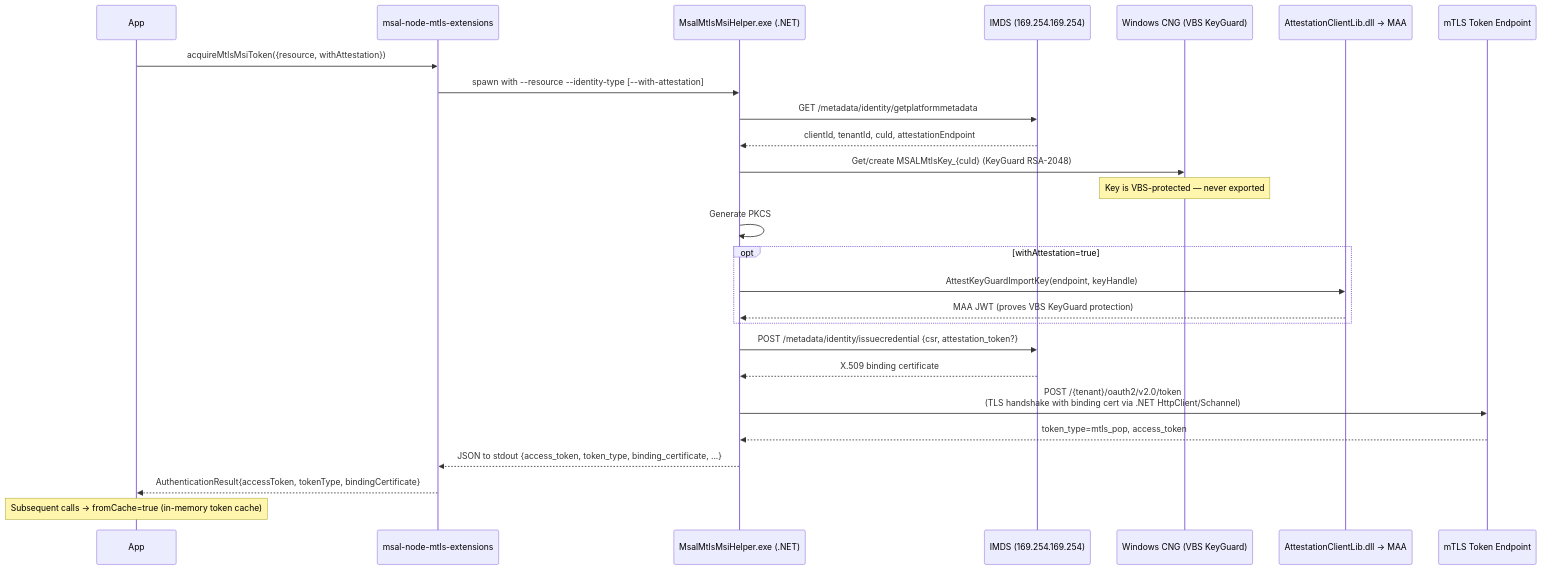
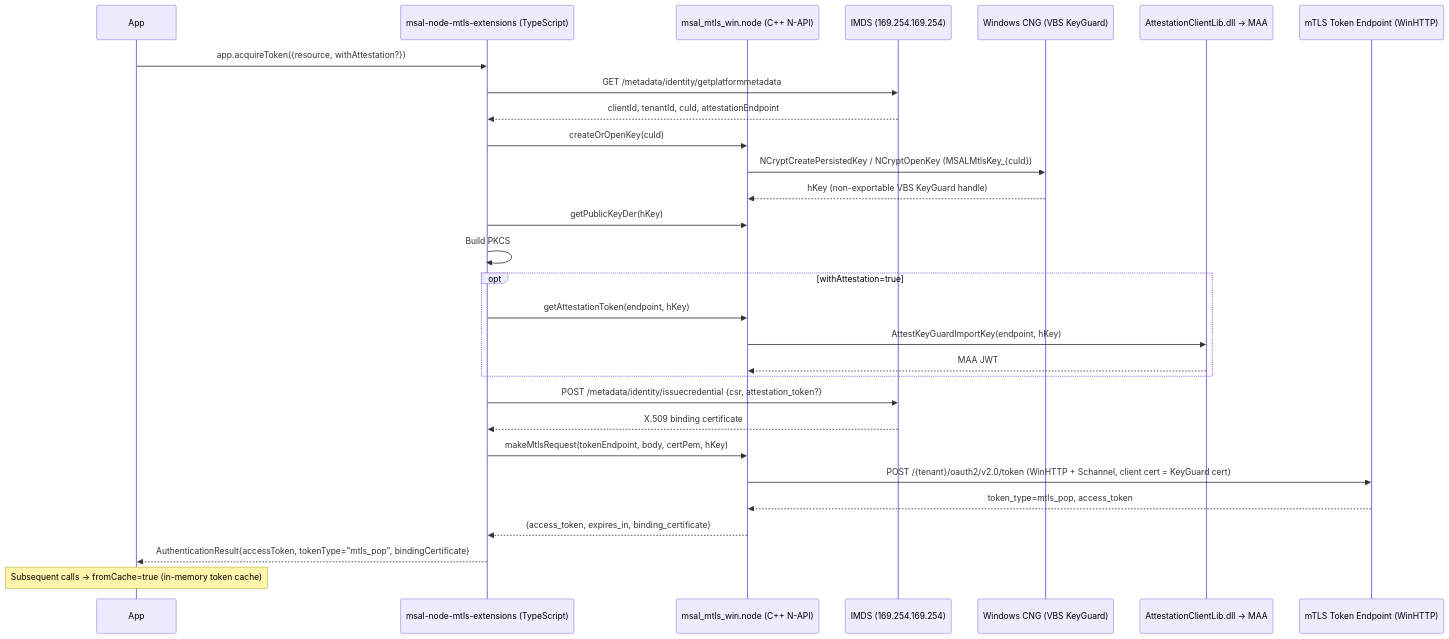
One commit to AzureAD/microsoft-authentication-library-for-js changed the second of 2 diagrams in lib/msal-node/docs/mtls-pop.md. Above: the diagram before and after it, drawn with Mermaid. The commit also changed other lines of this file and 30 other files, not shown here.

First line of the commit message:
feat(msal-node-mtls-extensions): replace subprocess with C++ N-API addon (Phase 2 + 3)

````diff
--- a/lib/msal-node/docs/mtls-pop.md
+++ b/lib/msal-node/docs/mtls-pop.md
@@ -83,29 +77,32 @@
 ```mermaid
 sequenceDiagram
     participant App
-    participant Node as msal-node-mtls-extensions
-    participant EXE as MsalMtlsMsiHelper.exe (.NET)
+    participant TS as msal-node-mtls-extensions (TypeScript)
+    participant Addon as msal_mtls_win.node (C++ N-API)
     participant IMDS as IMDS (169.254.169.254)
     participant CNG as Windows CNG (VBS KeyGuard)
     participant Attest as AttestationClientLib.dll → MAA
-    participant Token as mTLS Token Endpoint
+    participant Token as mTLS Token Endpoint (WinHTTP)
 
-    App->>Node: acquireMtlsMsiToken({resource, withAttestation})
-    Node->>EXE: spawn with --resource --identity-type [--with-attestation]
-    EXE->>IMDS: GET /metadata/identity/getplatformmetadata
-    IMDS-->>EXE: clientId, tenantId, cuId, attestationEndpoint
-    EXE->>CNG: Get/create MSALMtlsKey_{cuId} (KeyGuard RSA-2048)
-    Note over CNG: Key is VBS-protected — never exported
-    EXE->>EXE: Generate PKCS#10 CSR (signed by KeyGuard key)
+    App->>TS: app.acquireToken({resource, withAttestation?})
+    TS->>IMDS: GET /metadata/identity/getplatformmetadata
+    IMDS-->>TS: clientId, tenantId, cuId, attestationEndpoint
+    TS->>Addon: createOrOpenKey(cuId)
+    Addon->>CNG: NCryptCreatePersistedKey / NCryptOpenKey (MSALMtlsKey_{cuId})
+    CNG-->>Addon: hKey (non-exportable VBS KeyGuard handle)
+    TS->>Addon: getPublicKeyDer(hKey)
+    TS->>TS: Build PKCS#10 CSR (CsrBuilder.ts)
     opt withAttestation=true
-        EXE->>Attest: AttestKeyGuardImportKey(endpoint, keyHandle)
-        Attest-->>EXE: MAA JWT (proves VBS KeyGuard protection)
+        TS->>Addon: getAttestationToken(endpoint, hKey)
+        Addon->>Attest: AttestKeyGuardImportKey(endpoint, hKey)
+        Attest-->>Addon: MAA JWT
     end
-    EXE->>IMDS: POST /metadata/identity/issuecredential {csr, attestation_token?}
-    IMDS-->>EXE: X.509 binding certificate
-    EXE->>Token: POST /{tenant}/oauth2/v2.0/token<br/>(TLS handshake with binding cert via .NET HttpClient/Schannel)
-    Token-->>EXE: token_type=mtls_pop, access_token
-    EXE-->>Node: JSON to stdout {access_token, token_type, binding_certificate, ...}
-    Node-->>App: AuthenticationResult{accessToken, tokenType, bindingCertificate}
+    TS->>IMDS: POST /metadata/identity/issuecredential {csr, attestation_token?}
+    IMDS-->>TS: X.509 binding certificate
+    TS->>Addon: makeMtlsRequest(tokenEndpoint, body, certPem, hKey)
+    Addon->>Token: POST /{tenant}/oauth2/v2.0/token (WinHTTP + Schannel, client cert = KeyGuard cert)
+    Token-->>Addon: token_type=mtls_pop, access_token
+    Addon-->>TS: {access_token, expires_in, binding_certificate}
+    TS-->>App: AuthenticationResult{accessToken, tokenType="mtls_pop", bindingCertificate}
     Note over App: Subsequent calls → fromCache=true (in-memory token cache)
 ```
````
